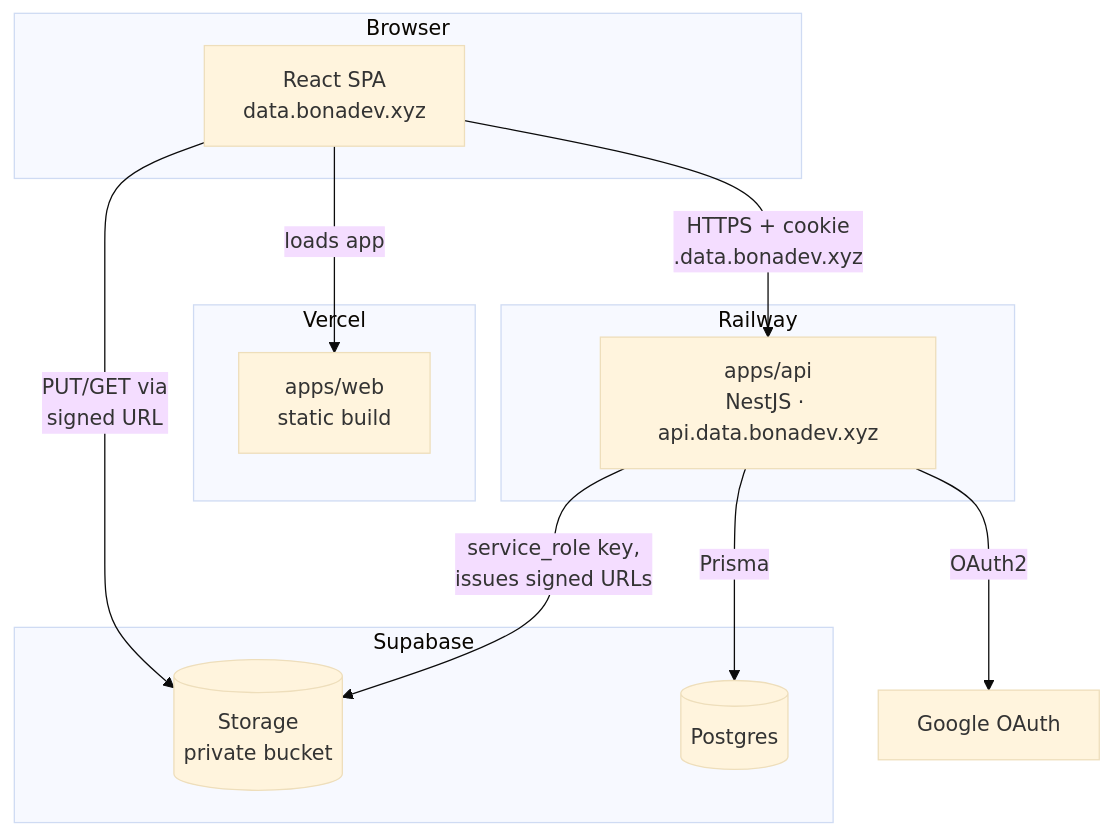
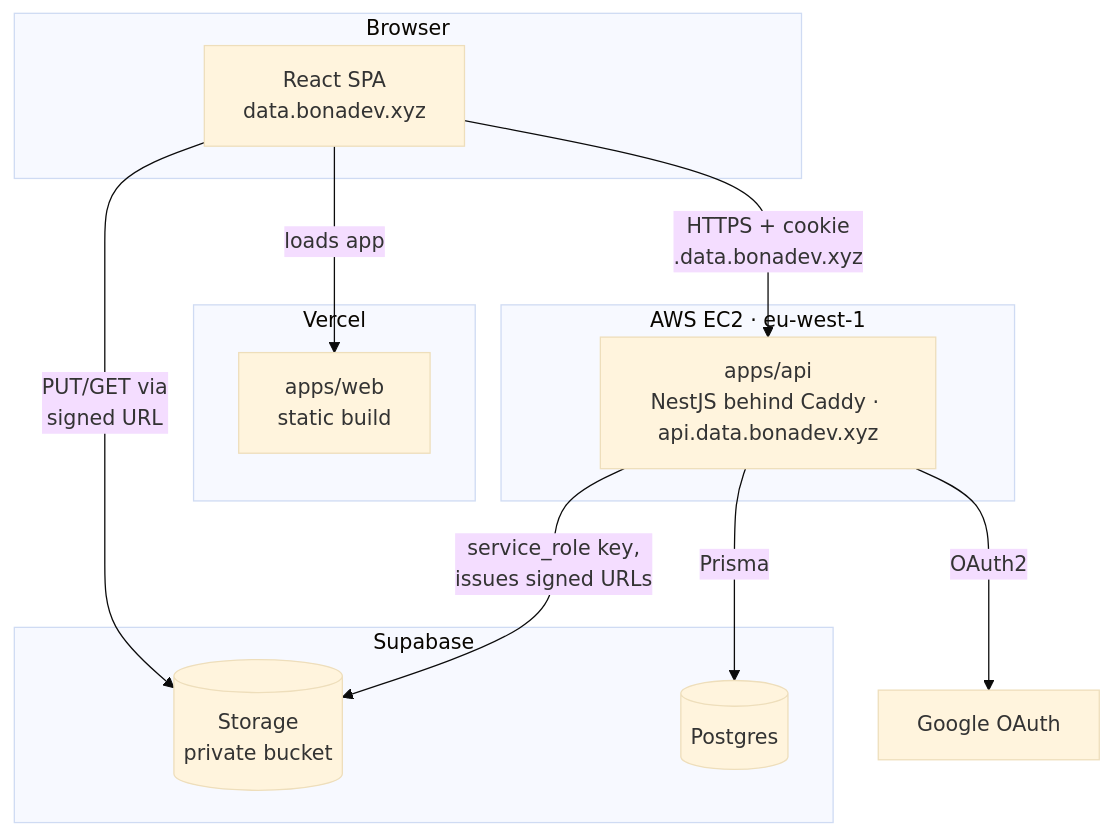
The first of 3 diagrams in docs/architecture.md (denleonchev/data-room), drawn with Mermaid (base theme) before and after one commit. The commit also changed other lines of this file and 18 other files, not shown here.

First line of the commit message:
chore(infra): move the API from Railway to EC2 (#73)

````diff
--- a/docs/architecture.md
+++ b/docs/architecture.md
@@ -8,28 +8,28 @@
 ```mermaid
 flowchart TB
     subgraph Client["Browser"]
         SPA["React SPA<br/>data.bonadev.xyz"]
     end
 
     subgraph VercelBox["Vercel"]
         Web["apps/web<br/>static build"]
     end
 
-    subgraph RailwayBox["Railway"]
-        API["apps/api<br/>NestJS · api.data.bonadev.xyz"]
+    subgraph AWSBox["AWS EC2 · eu-west-1"]
+        API["apps/api<br/>NestJS behind Caddy · api.data.bonadev.xyz"]
     end
 
     subgraph SupabaseBox["Supabase"]
         Storage[("Storage<br/>private bucket")]
         PG[("Postgres")]
     end
 
     Google["Google OAuth"]
 
     SPA -- "loads app" --> Web
     SPA -- "HTTPS + cookie<br/>.data.bonadev.xyz" --> API
     SPA -- "PUT/GET via<br/>signed URL" --> Storage
     API -- "Prisma" --> PG
     API -- "service_role key,<br/>issues signed URLs" --> Storage
     API -- "OAuth2" --> Google
 ```
````
